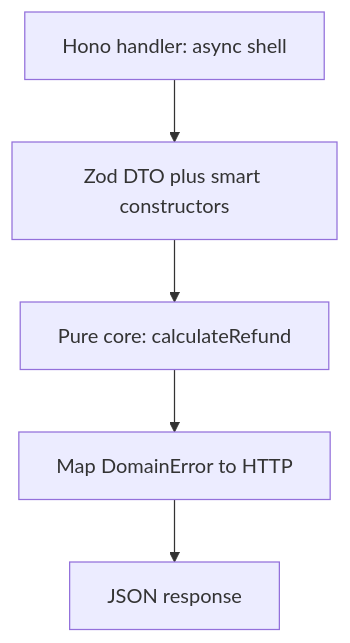
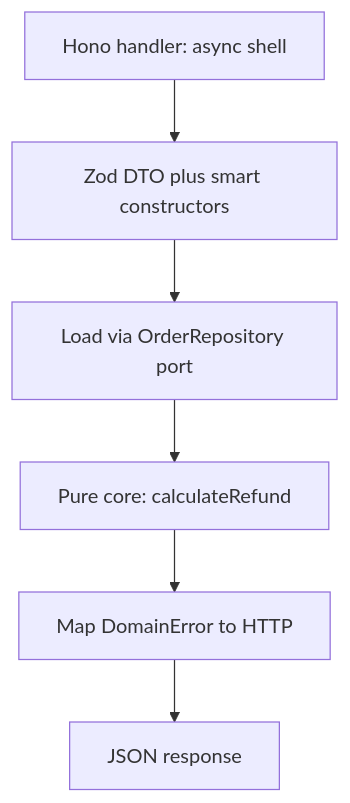
The fourth of 4 diagrams in content/en/post/typescript-stop-validating-everywhere/index.md (dinoesau/blog), drawn with Mermaid before and after one commit. The commit also changed other lines of this file and 3 other files, not shown here.

````diff
--- a/content/en/post/typescript-stop-validating-everywhere/index.md
+++ b/content/en/post/typescript-stop-validating-everywhere/index.md
@@ -1233,7 +1233,8 @@
 ```mermaid
 graph TB
     HTTP[Hono handler: async shell] --> Parse[Zod DTO plus smart constructors]
-    Parse --> Core[Pure core: calculateRefund]
+    Parse --> Load[Load via OrderRepository port]
+    Load --> Core[Pure core: calculateRefund]
     Core --> Map[Map DomainError to HTTP]
     Map --> HTTPResp[JSON response]
 ```
````
